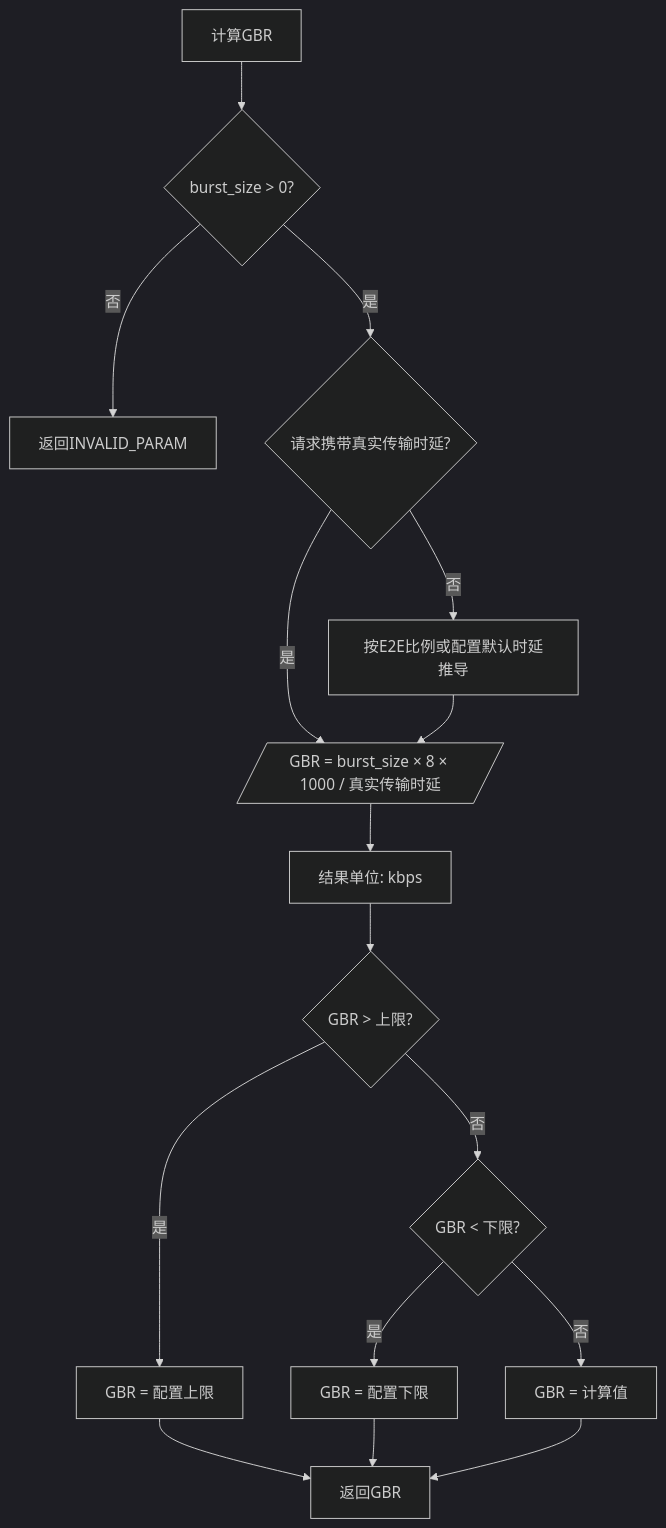
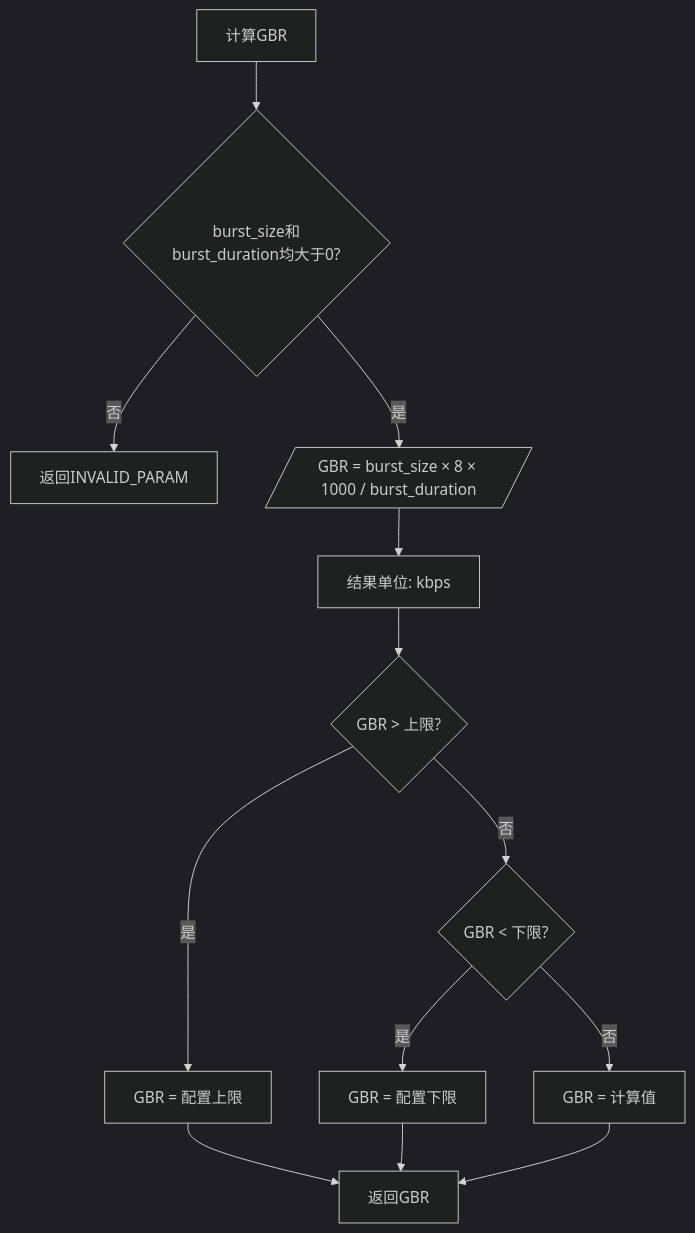
Before and after one commit to acore2026/QoSModule: the seventh of 10 diagrams in 随路Qos设计文档.md, drawn with Mermaid (dark theme). The commit also changed other lines of this file and 4 other files, not shown here.

````diff
--- a/随路Qos设计文档.md
+++ b/随路Qos设计文档.md
@@ -409,18 +410,15 @@
 ```mermaid
 flowchart TD
-A[计算GBR] --> B{burst_size > 0?}
+A[计算GBR] --> B{burst_size和burst_duration均大于0?}
 B -->|否| Z[返回INVALID_PARAM]
-B -->|是| D{请求携带真实传输时延?}
-D -->|否| T[按E2E比例或配置默认时延推导]
-D -->|是| E[/GBR = burst_size × 8 × 1000 / 真实传输时延/]
-T --> E
+B -->|是| E[/GBR = burst_size × 8 × 1000 / burst_duration/]
 E --> F[结果单位: kbps]
 F --> G{GBR > 上限?}
 G -->|是| H[GBR = 配置上限]
 G -->|否| I{GBR < 下限?}
 I -->|是| J[GBR = 配置下限]
 I -->|否| K[GBR = 计算值]
 H --> L[返回GBR]
 J --> L
 K --> L
 ```
````
